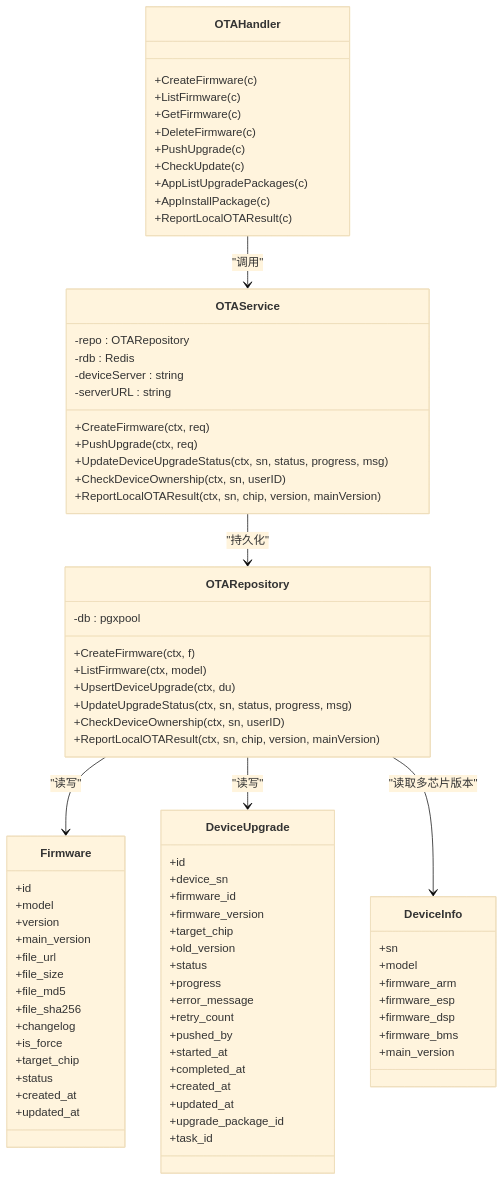
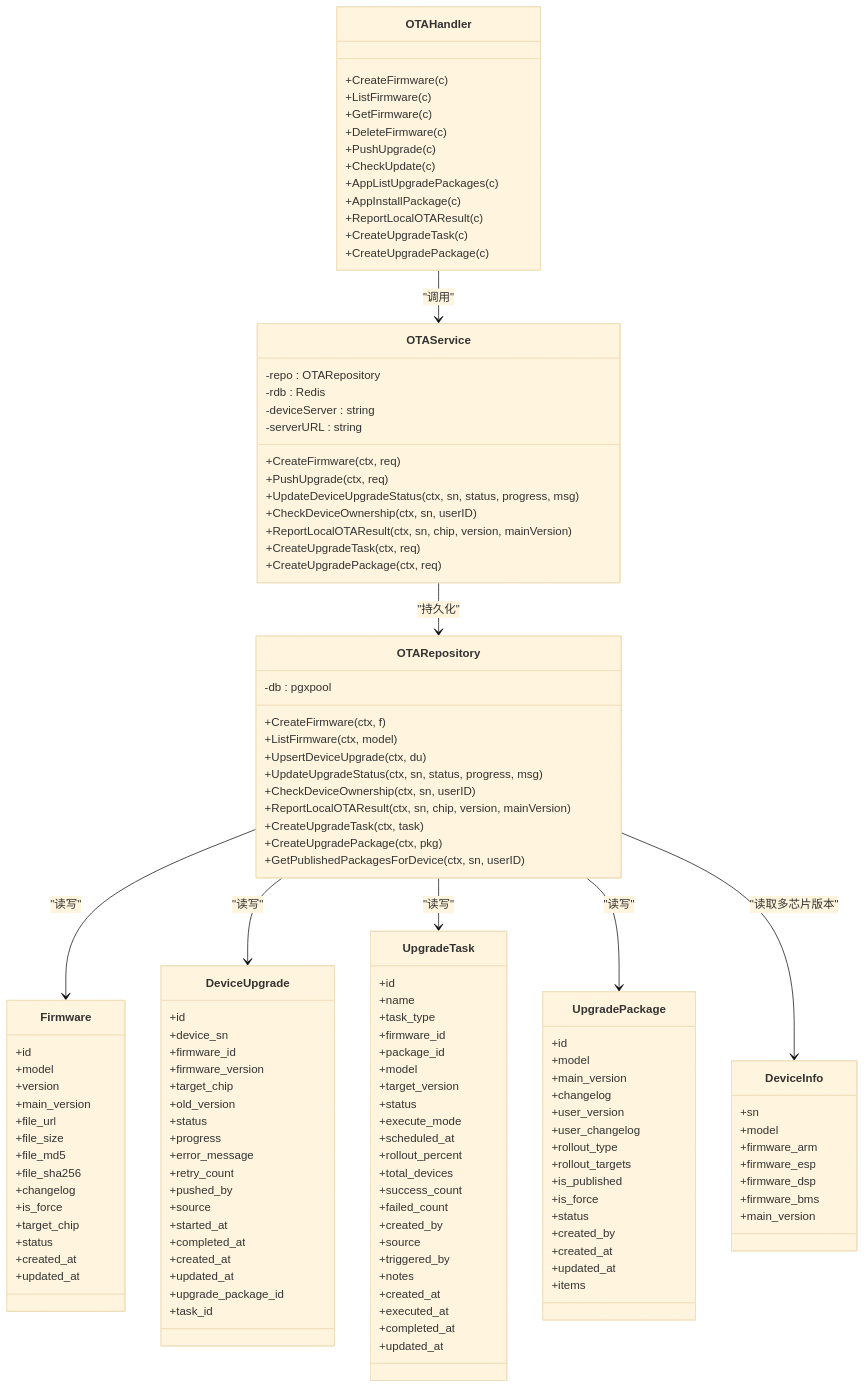
Before and after one commit to mcmrzy/cs_inv_monitor-develop: the fifth of 5 diagrams in .qoder/repowiki/zh/content/OTA升级系统/固件管理.md, drawn with Mermaid (base theme). The commit also changed other lines of this file and 28 other files, not shown here.

````diff
--- a/.qoder/repowiki/zh/content/OTA升级系统/固件管理.md
+++ b/.qoder/repowiki/zh/content/OTA升级系统/固件管理.md
@@ -415,6 +486,8 @@
 +AppListUpgradePackages(c)
 +AppInstallPackage(c)
 +ReportLocalOTAResult(c)
++CreateUpgradeTask(c)
++CreateUpgradePackage(c)
 }
 class OTAService {
 -repo : OTARepository
@@ -426,6 +499,8 @@
 +UpdateDeviceUpgradeStatus(ctx, sn, status, progress, msg)
 +CheckDeviceOwnership(ctx, sn, userID)
 +ReportLocalOTAResult(ctx, sn, chip, version, mainVersion)
++CreateUpgradeTask(ctx, req)
++CreateUpgradePackage(ctx, req)
 }
 class OTARepository {
 -db : pgxpool
@@ -435,6 +510,9 @@
 +UpdateUpgradeStatus(ctx, sn, status, progress, msg)
 +CheckDeviceOwnership(ctx, sn, userID)
 +ReportLocalOTAResult(ctx, sn, chip, version, mainVersion)
++CreateUpgradeTask(ctx, task)
++CreateUpgradePackage(ctx, pkg)
++GetPublishedPackagesForDevice(ctx, sn, userID)
 }
 class Firmware {
 +id
@@ -464,12 +542,54 @@
 +error_message
 +retry_count
 +pushed_by
++source
 +started_at
 +completed_at
 +created_at
 +updated_at
 +upgrade_package_id
 +task_id
+}
+class UpgradeTask {
++id
++name
++task_type
++firmware_id
++package_id
++model
++target_version
++status
++execute_mode
++scheduled_at
++rollout_percent
++total_devices
++success_count
++failed_count
++created_by
++source
++triggered_by
++notes
++created_at
++executed_at
++completed_at
++updated_at
+}
+class UpgradePackage {
++id
++model
++main_version
++changelog
++user_version
++user_changelog
++rollout_type
++rollout_targets
++is_published
++is_force
++status
++created_by
++created_at
++updated_at
++items
 }
 class DeviceInfo {
 +sn
@@ -484,5 +604,7 @@
 OTAService --> OTARepository : "持久化"
 OTARepository --> Firmware : "读写"
 OTARepository --> DeviceUpgrade : "读写"
+OTARepository --> UpgradeTask : "读写"
+OTARepository --> UpgradePackage : "读写"
 OTARepository --> DeviceInfo : "读取多芯片版本"
 ```
````
